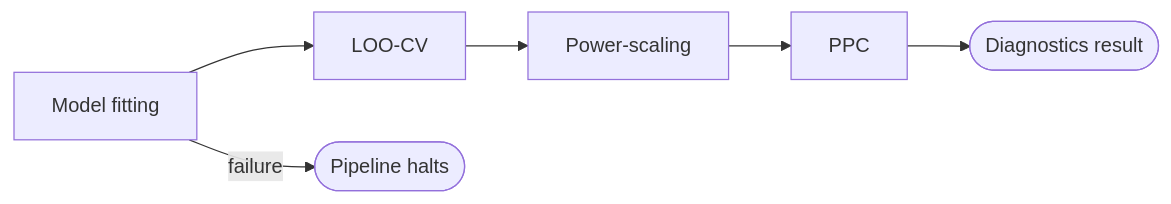
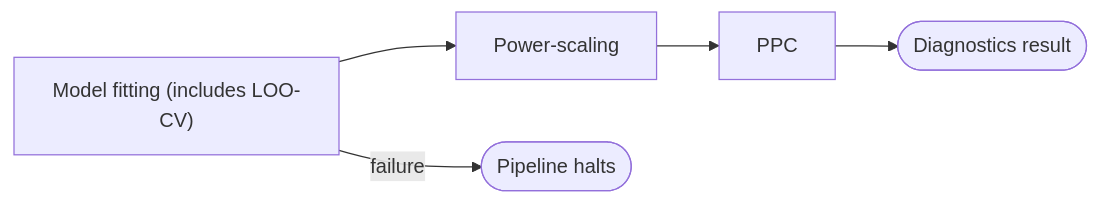
Before and after one commit to ma9o/causal-ssm-agent: the diagram in docs/pipeline/05b-inference-diagnostics.md, drawn with Mermaid. The commit also changed other lines of this file and 11 other files, not shown here.

````diff
--- a/docs/pipeline/05b-inference-diagnostics.md
+++ b/docs/pipeline/05b-inference-diagnostics.md
@@ -23,5 +23,5 @@
 ```mermaid
 flowchart LR
-    F[Model fitting] --> L[LOO-CV] --> S[Power-scaling] --> P[PPC] --> R([Diagnostics result])
+    F["Model fitting (includes LOO-CV)"] --> S[Power-scaling] --> P[PPC] --> R([Diagnostics result])
     F -- failure --> X([Pipeline halts])
 ```
````
